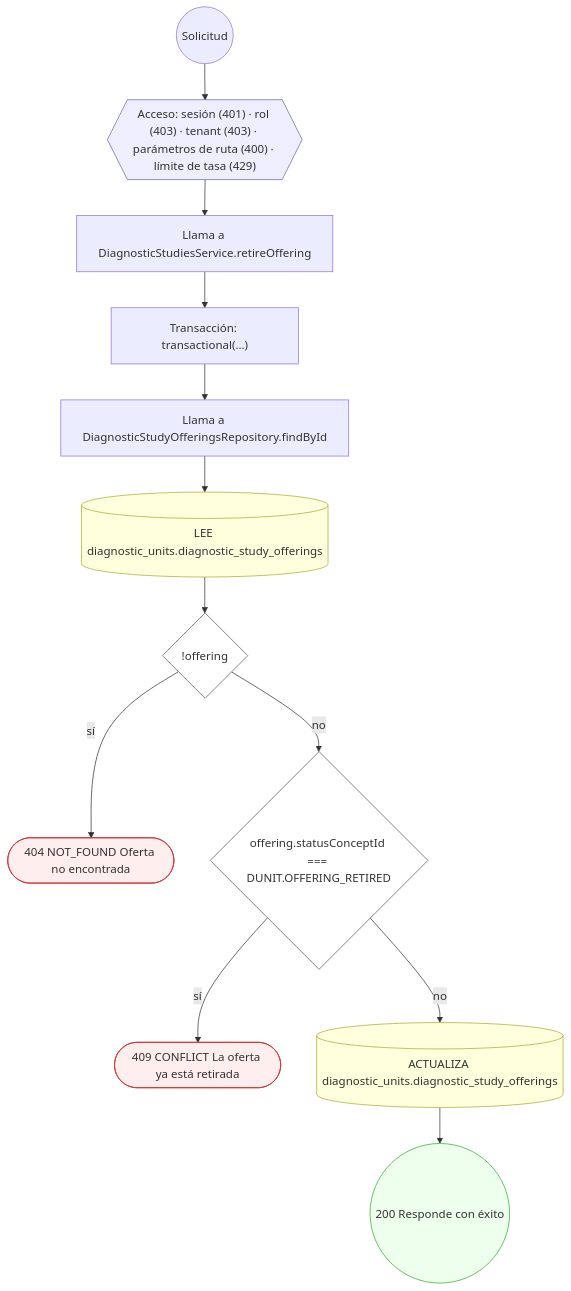
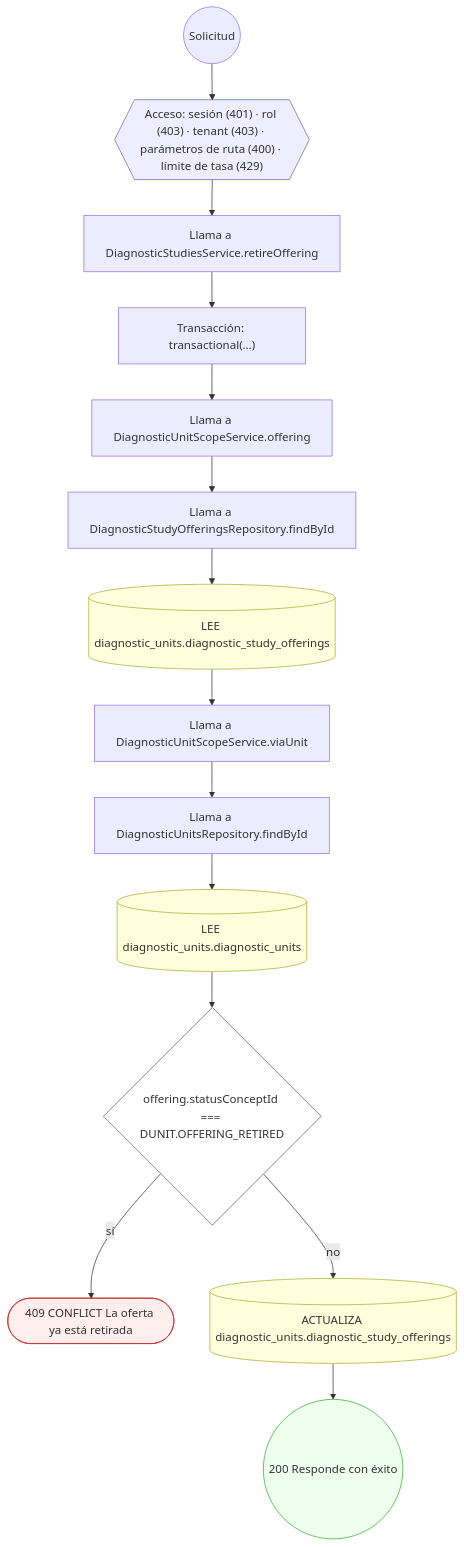
One commit to mdavila-2001/mantra-core-health-api changed the fourth of 19 diagrams in docs/inventario/flujos/diagnostic_units.md. Above: the diagram before and after it, drawn with Mermaid. The commit also changed other lines of this file and 438 other files, not shown here.

````diff
--- a/docs/inventario/flujos/diagnostic_units.md
+++ b/docs/inventario/flujos/diagnostic_units.md
@@ -340,32 +364,36 @@
 ```mermaid
 flowchart TD
   n1(("Solicitud")):::inicio
   n2{{"Acceso: sesión (401) · rol (403) · tenant (403) · parámetros de ruta (400) · límite de tasa (429)"}}:::acceso
   n1 --> n2
   n3["Llama a DiagnosticStudiesService.retireOffering"]:::llamada
   n2 --> n3
   n4["Transacción: transactional(…)"]:::transaccion
   n3 --> n4
-  n5["Llama a DiagnosticStudyOfferingsRepository.findById"]:::llamada
+  n5["Llama a DiagnosticUnitScopeService.offering"]:::llamada
   n4 --> n5
-  n6[("LEE diagnostic_units.diagnostic_study_offerings")]:::efecto
+  n6["Llama a DiagnosticStudyOfferingsRepository.findById"]:::llamada
   n5 --> n6
-  n7{"!offering"}:::decision
+  n7[("LEE diagnostic_units.diagnostic_study_offerings")]:::efecto
   n6 --> n7
-  n8(["404 NOT_FOUND Oferta no encontrada"]):::error
-  n7 -->|"sí"| n8
-  n9{"offering.statusConceptId === DUNIT.OFFERING_RETIRED"}:::decision
-  n7 -->|"no"| n9
-  n10(["409 CONFLICT La oferta ya está retirada"]):::error
-  n9 -->|"sí"| n10
-  n11[("ACTUALIZA diagnostic_units.diagnostic_study_offerings")]:::efecto
-  n9 -->|"no"| n11
-  n12(("200 Responde con éxito")):::ok
-  n11 --> n12
+  n8["Llama a DiagnosticUnitScopeService.viaUnit"]:::llamada
+  n7 --> n8
+  n9["Llama a DiagnosticUnitsRepository.findById"]:::llamada
+  n8 --> n9
+  n10[("LEE diagnostic_units.diagnostic_units")]:::efecto
+  n9 --> n10
+  n11{"offering.statusConceptId === DUNIT.OFFERING_RETIRED"}:::decision
+  n10 --> n11
+  n12(["409 CONFLICT La oferta ya está retirada"]):::error
+  n11 -->|"sí"| n12
+  n13[("ACTUALIZA diagnostic_units.diagnostic_study_offerings")]:::efecto
+  n11 -->|"no"| n13
+  n14(("200 Responde con éxito")):::ok
+  n13 --> n14
   classDef acceso fill:#eef,stroke:#66a
   classDef error fill:#fee,stroke:#c33
   classDef ok fill:#efe,stroke:#3a3
   classDef efecto fill:#ffd,stroke:#aa3
   classDef decision fill:#fff,stroke:#555
   classDef corte fill:#eee,stroke:#999,stroke-dasharray: 4
 ```
````
